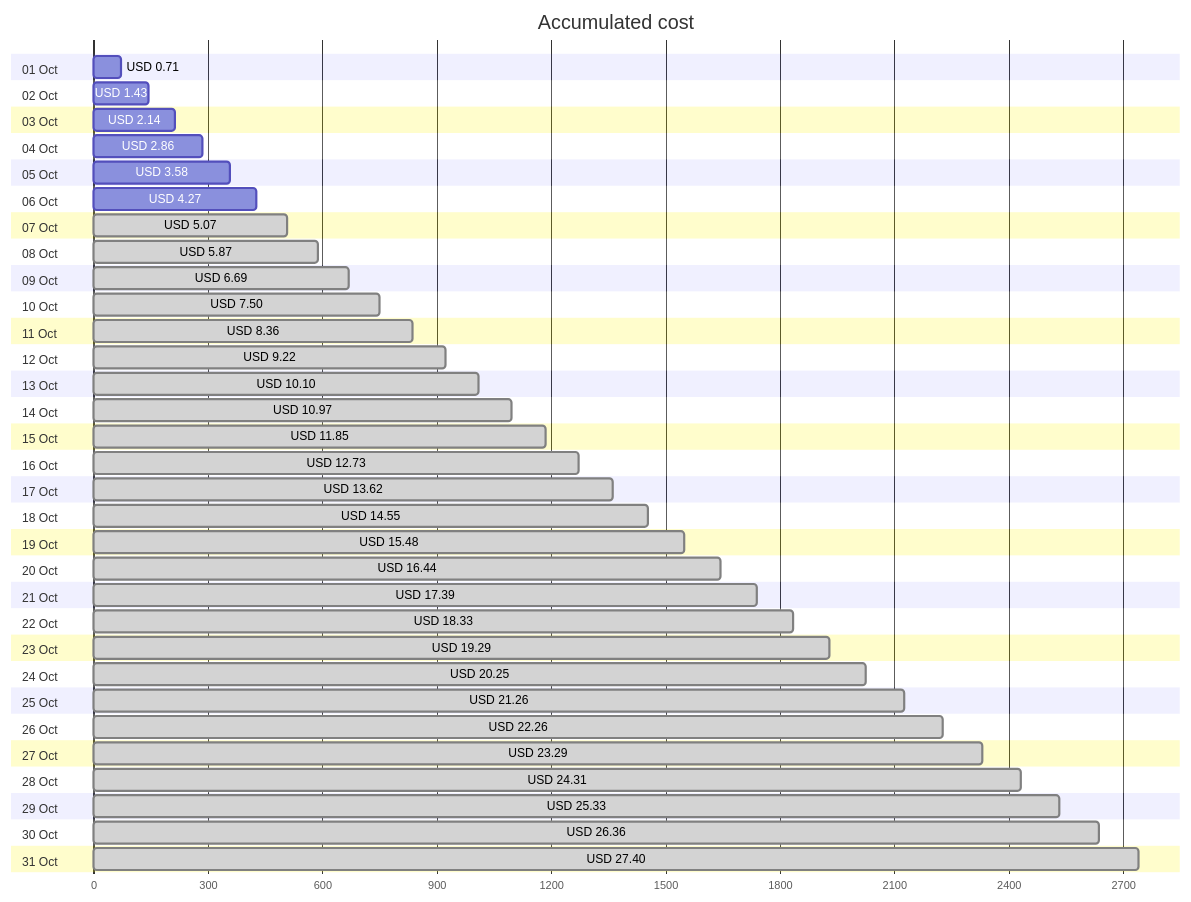
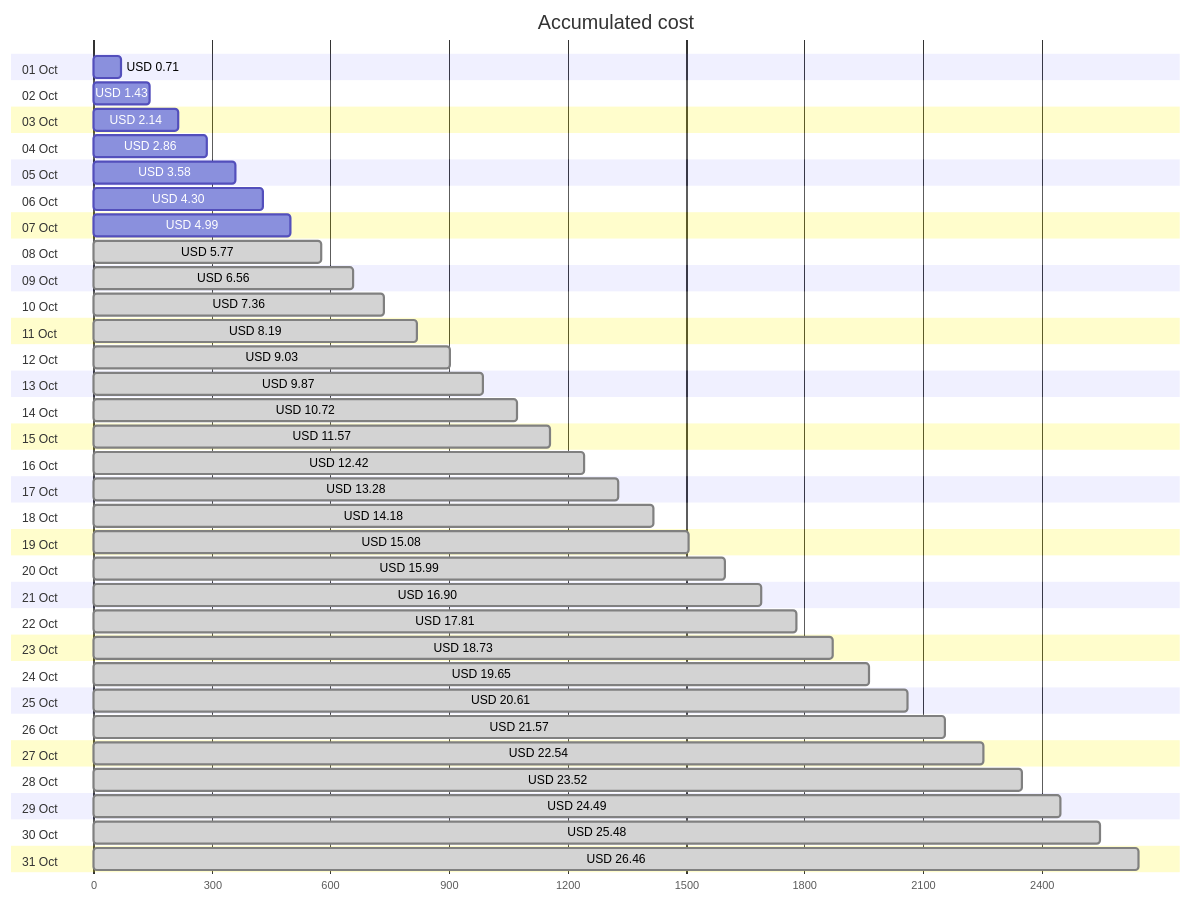
Before and after one commit to jpfulton/azure-personal-reports: the first of 4 diagrams in cost-reports/personal-network/backup-server-data-disk.md, drawn with Mermaid. The commit also changed other lines of this file and 8 other files, not shown here.

````diff
--- a/cost-reports/personal-network/backup-server-data-disk.md
+++ b/cost-reports/personal-network/backup-server-data-disk.md
@@ -20,68 +20,68 @@
 ```mermaid
 gantt
    title Accumulated cost
    dateFormat  X
    axisFormat %s
    section 01 Oct
    USD 0.71 :0, 71
    section 02 Oct
    USD 1.43 :0, 143
    section 03 Oct
    USD 2.14 :0, 214
    section 04 Oct
    USD 2.86 :0, 286
    section 05 Oct
    USD 3.58 :0, 358
    section 06 Oct
-   USD 4.27 :0, 427
+   USD 4.30 :0, 430
    section 07 Oct
-   USD 5.07 : done, 0, 507
+   USD 4.99 :0, 499
    section 08 Oct
-   USD 5.87 : done, 0, 587
+   USD 5.77 : done, 0, 577
    section 09 Oct
-   USD 6.69 : done, 0, 669
+   USD 6.56 : done, 0, 656
    section 10 Oct
-   USD 7.50 : done, 0, 750
+   USD 7.36 : done, 0, 736
    section 11 Oct
-   USD 8.36 : done, 0, 836
+   USD 8.19 : done, 0, 819
    section 12 Oct
-   USD 9.22 : done, 0, 922
+   USD 9.03 : done, 0, 903
    section 13 Oct
-   USD 10.10 : done, 0, 1010
+   USD 9.87 : done, 0, 987
    section 14 Oct
-   USD 10.97 : done, 0, 1097
+   USD 10.72 : done, 0, 1072
    section 15 Oct
-   USD 11.85 : done, 0, 1185
+   USD 11.57 : done, 0, 1157
    section 16 Oct
-   USD 12.73 : done, 0, 1273
+   USD 12.42 : done, 0, 1242
    section 17 Oct
-   USD 13.62 : done, 0, 1362
+   USD 13.28 : done, 0, 1328
    section 18 Oct
-   USD 14.55 : done, 0, 1455
+   USD 14.18 : done, 0, 1418
    section 19 Oct
-   USD 15.48 : done, 0, 1548
+   USD 15.08 : done, 0, 1508
    section 20 Oct
-   USD 16.44 : done, 0, 1644
+   USD 15.99 : done, 0, 1599
    section 21 Oct
-   USD 17.39 : done, 0, 1739
+   USD 16.90 : done, 0, 1690
    section 22 Oct
-   USD 18.33 : done, 0, 1833
+   USD 17.81 : done, 0, 1781
    section 23 Oct
-   USD 19.29 : done, 0, 1929
+   USD 18.73 : done, 0, 1873
    section 24 Oct
-   USD 20.25 : done, 0, 2025
+   USD 19.65 : done, 0, 1965
    section 25 Oct
-   USD 21.26 : done, 0, 2126
+   USD 20.61 : done, 0, 2061
    section 26 Oct
-   USD 22.26 : done, 0, 2226
+   USD 21.57 : done, 0, 2157
    section 27 Oct
-   USD 23.29 : done, 0, 2329
+   USD 22.54 : done, 0, 2254
    section 28 Oct
-   USD 24.31 : done, 0, 2431
+   USD 23.52 : done, 0, 2352
    section 29 Oct
-   USD 25.33 : done, 0, 2533
+   USD 24.49 : done, 0, 2449
    section 30 Oct
-   USD 26.36 : done, 0, 2636
+   USD 25.48 : done, 0, 2548
    section 31 Oct
-   USD 27.40 : done, 0, 2740
+   USD 26.46 : done, 0, 2646
 ```
````
